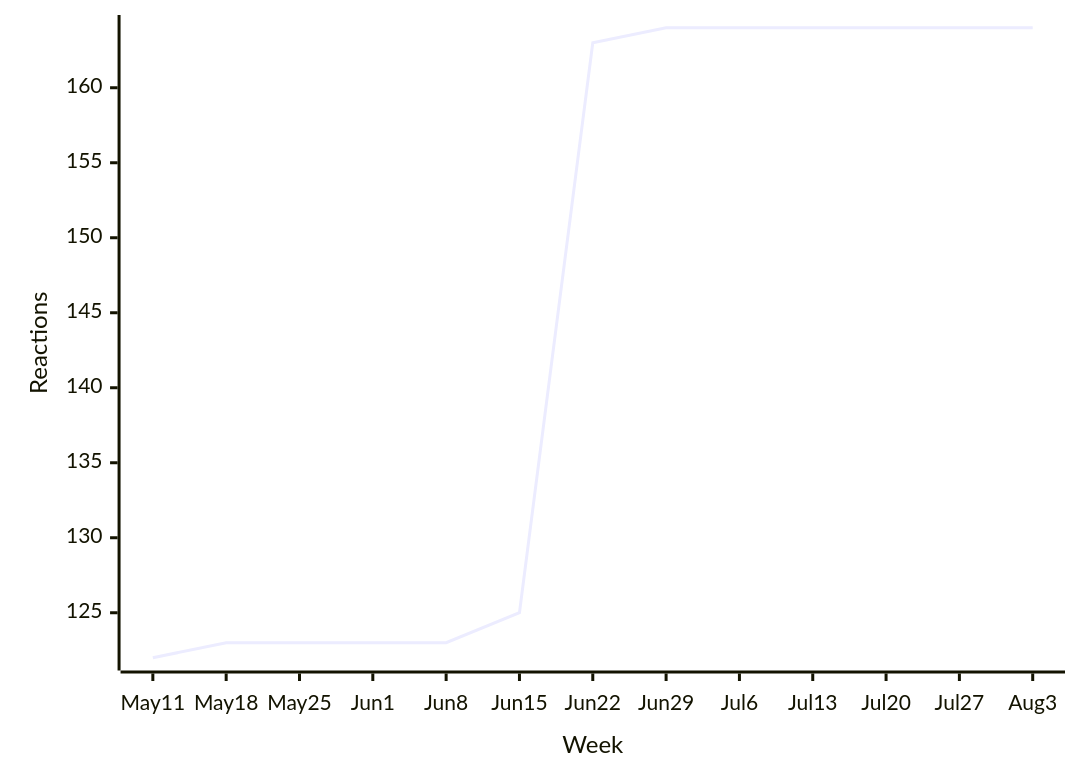
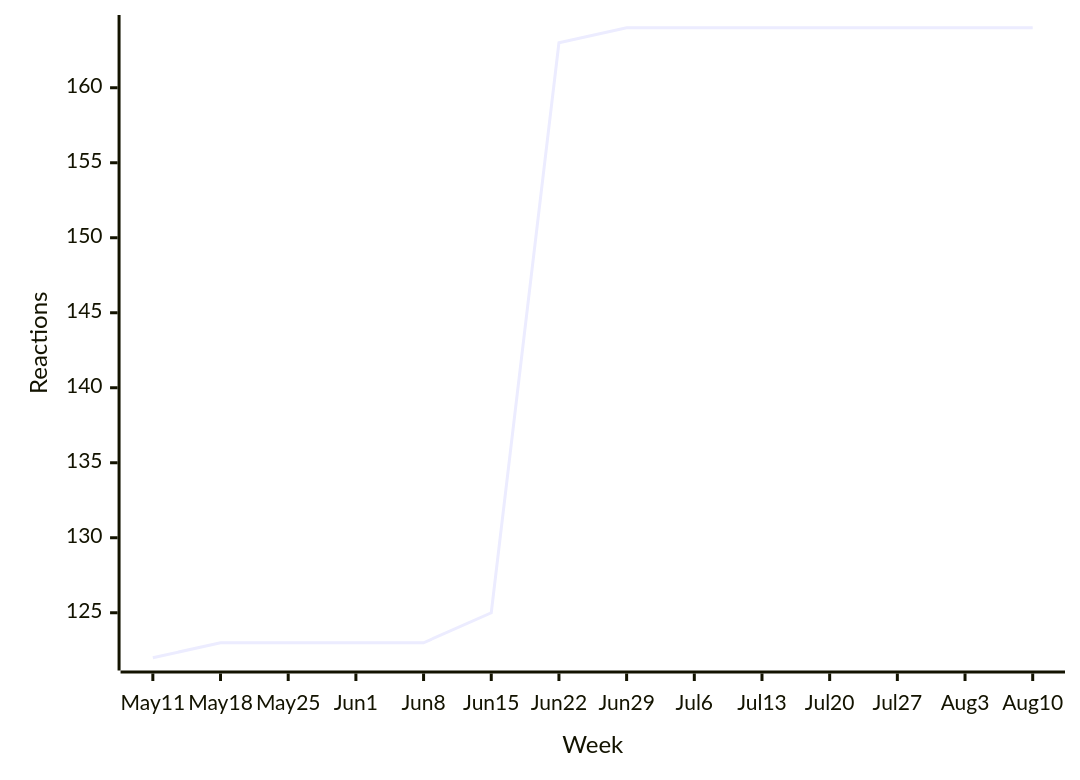
The second of 43 diagrams in README.md (loic-sharma/github-insights), drawn with Mermaid before and after one commit. The commit also changed other lines of this file and 3 other files, not shown here.

````diff
--- a/README.md
+++ b/README.md
@@ -356,6 +356,6 @@
   ```mermaid
   xychart-beta
-    x-axis "Week" [May 11, May 18, May 25, Jun 1, Jun 8, Jun 15, Jun 22, Jun 29, Jul 6, Jul 13, Jul 20, Jul 27, Aug 3]
+    x-axis "Week" [May 11, May 18, May 25, Jun 1, Jun 8, Jun 15, Jun 22, Jun 29, Jul 6, Jul 13, Jul 20, Jul 27, Aug 3, Aug 10]
     y-axis "Reactions"
-    line [122, 123, 123, 123, 123, 125, 163, 164, 164, 164, 164, 164, 164]
+    line [122, 123, 123, 123, 123, 125, 163, 164, 164, 164, 164, 164, 164, 164]
   ```
````
